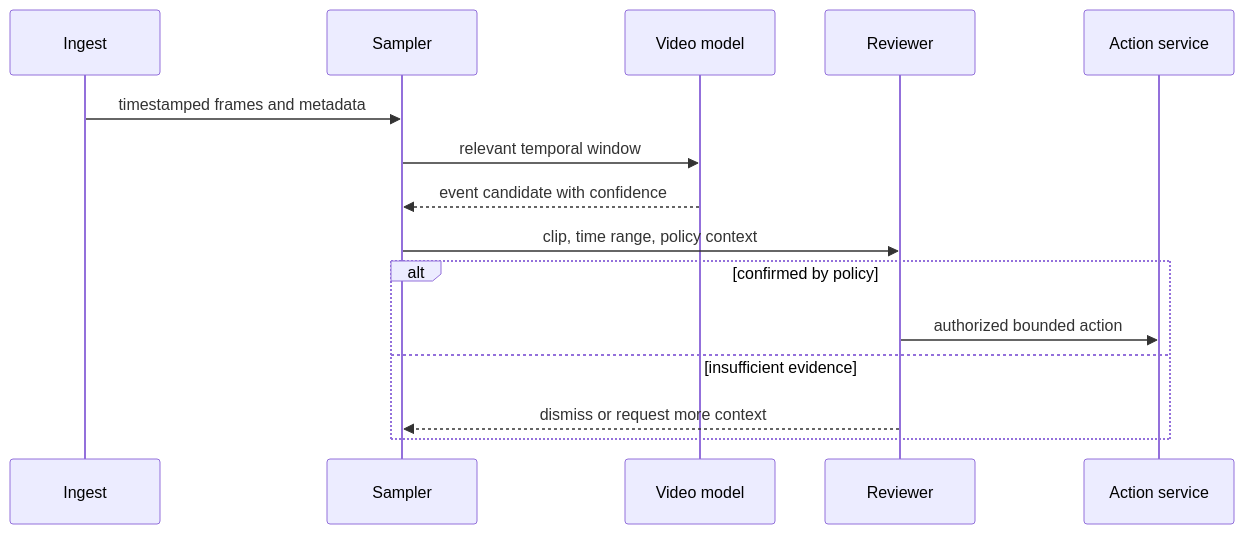
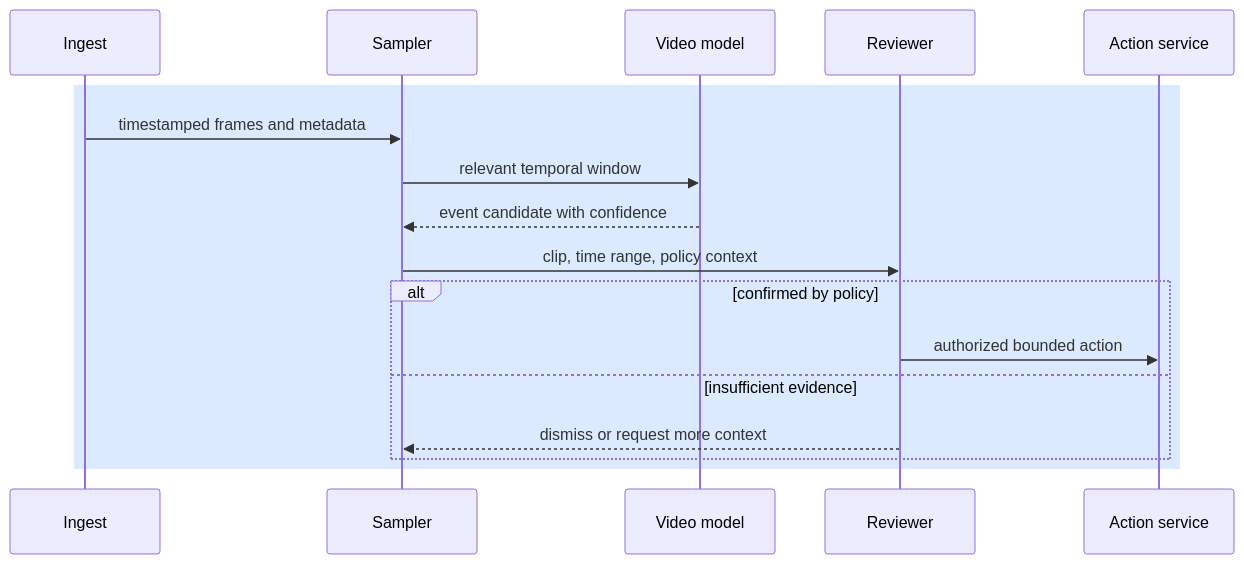
The second of 2 diagrams in months/2026-07/02-video-understanding.md (souradeepta/ai-monthly-concepts), drawn with Mermaid before and after one commit. The commit also changed other lines of this file and 21 other files, not shown here.

````diff
--- a/months/2026-07/02-video-understanding.md
+++ b/months/2026-07/02-video-understanding.md
@@ -46,17 +54,19 @@
 ```mermaid
 sequenceDiagram
+    rect rgb(219, 234, 254)
     participant I as Ingest
     participant S as Sampler
     participant M as Video model
     participant R as Reviewer
     participant X as Action service
     I->>S: timestamped frames and metadata
     S->>M: relevant temporal window
     M-->>S: event candidate with confidence
     S->>R: clip, time range, policy context
     alt confirmed by policy
         R->>X: authorized bounded action
     else insufficient evidence
         R-->>S: dismiss or request more context
     end
+    end
 ```
````
